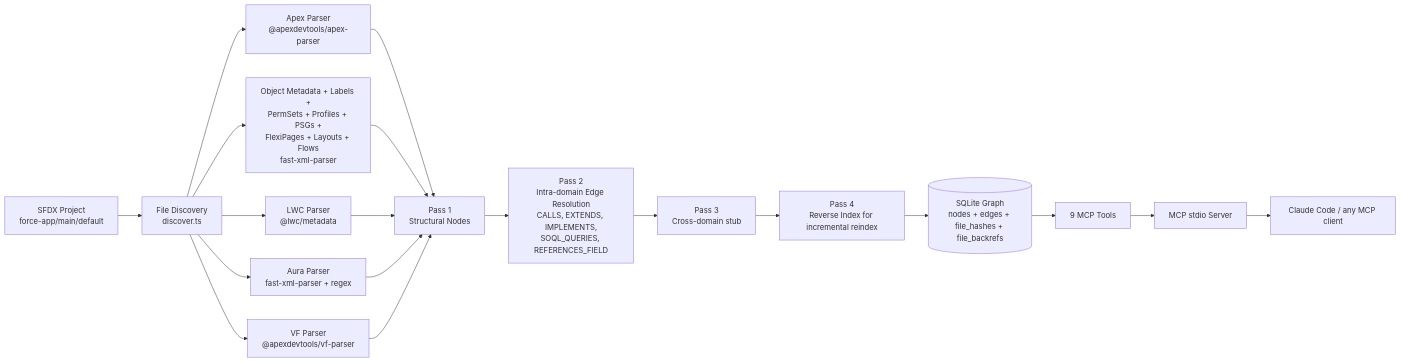
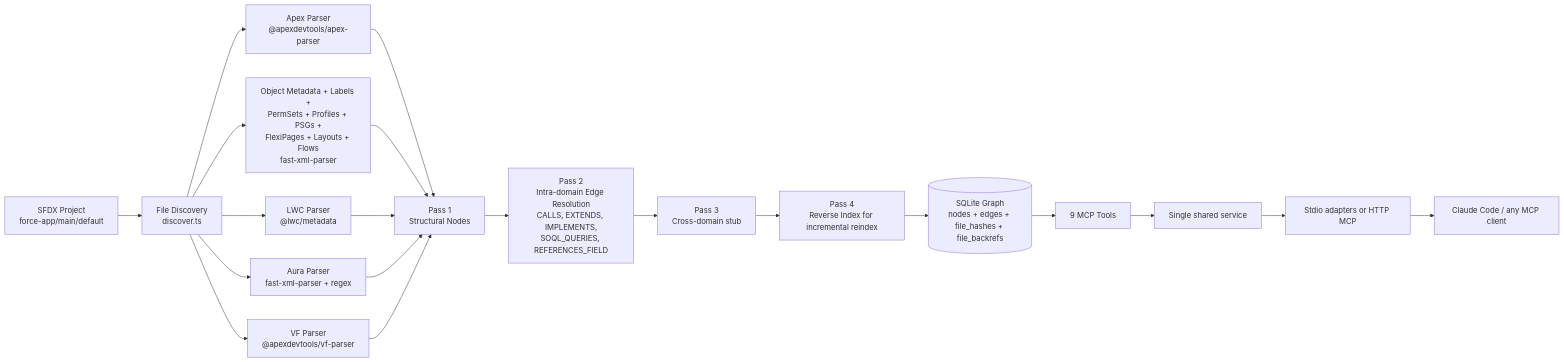
The first of 2 diagrams in README.md (Marceswan/Spindle), drawn with Mermaid before and after one commit. The commit also changed other lines of this file and 120 other files, not shown here.

Commit message:
Fix reviewed graph defects and centralize the shared service

````diff
--- a/README.md
+++ b/README.md
@@ -146,26 +152,27 @@
 ```mermaid
 graph LR
     SFDX[SFDX Project<br/>force-app/main/default] --> Disc[File Discovery<br/>discover.ts]
 
     Disc --> Apex[Apex Parser<br/>@apexdevtools/apex-parser]
     Disc --> Meta[Object Metadata + Labels +<br/>PermSets + Profiles + PSGs +<br/>FlexiPages + Layouts + Flows<br/>fast-xml-parser]
     Disc --> LWC[LWC Parser<br/>@lwc/metadata]
     Disc --> Aura[Aura Parser<br/>fast-xml-parser + regex]
     Disc --> VF[VF Parser<br/>@apexdevtools/vf-parser]
 
     Apex --> P1[Pass 1<br/>Structural Nodes]
     Meta --> P1
     LWC --> P1
     Aura --> P1
     VF --> P1
 
     P1 --> P2[Pass 2<br/>Intra-domain Edge Resolution<br/>CALLS, EXTENDS, IMPLEMENTS,<br/>SOQL_QUERIES, REFERENCES_FIELD]
     P2 --> P3[Pass 3<br/>Cross-domain stub]
     P3 --> P4[Pass 4<br/>Reverse Index for incremental reindex]
 
     P4 --> DB[(SQLite Graph<br/>nodes + edges + file_hashes + file_backrefs)]
 
     DB --> Tools[9 MCP Tools]
-    Tools --> MCP[MCP stdio Server]
+    Tools --> Service[Single shared service]
+    Service --> MCP[Stdio adapters or HTTP MCP]
     MCP --> Claude[Claude Code / any MCP client]
 ```
````
